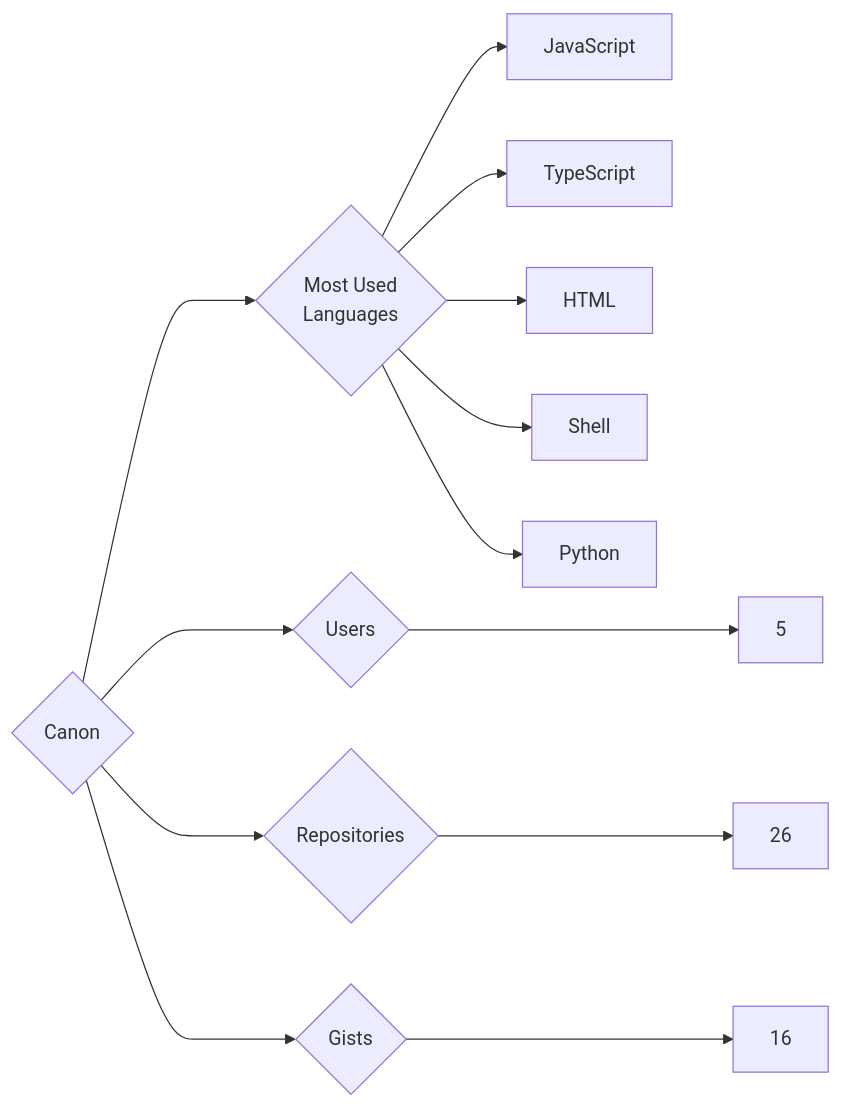
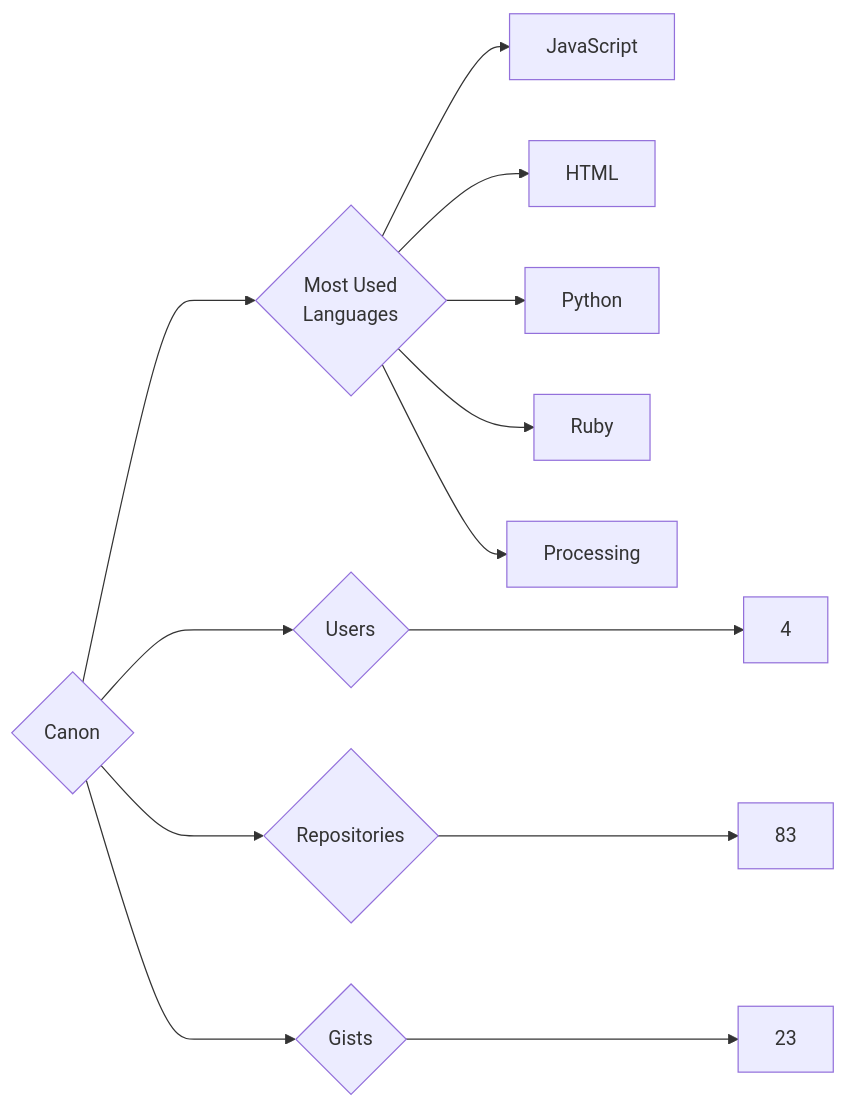
Before and after one commit to trickest/insiders: the diagram in targets/Canon/README.md, drawn with Mermaid. The commit also changed 998 other files, not shown here.

````diff
--- a/targets/Canon/README.md
+++ b/targets/Canon/README.md
@@ -3,13 +3,13 @@
 ```mermaid
 graph LR
 COMPANY_NAME{Canon}
-COMPANY_NAME ---> U{Users} ---> UN[5]
-COMPANY_NAME ---> R{Repositories} ---> RN[26]
-COMPANY_NAME ---> G{Gists} ---> GN[16]
+COMPANY_NAME ---> U{Users} ---> UN[4]
+COMPANY_NAME ---> R{Repositories} ---> RN[83]
+COMPANY_NAME ---> G{Gists} ---> GN[23]
 COMPANY_NAME ---> ML{Most Used<br>Languages}
 ML --> JavaScript[JavaScript]
-ML --> TypeScript[TypeScript]
 ML --> HTML[HTML]
-ML --> Shell[Shell]
 ML --> Python[Python]
+ML --> Ruby[Ruby]
+ML --> Processing[Processing]
 ```
````
